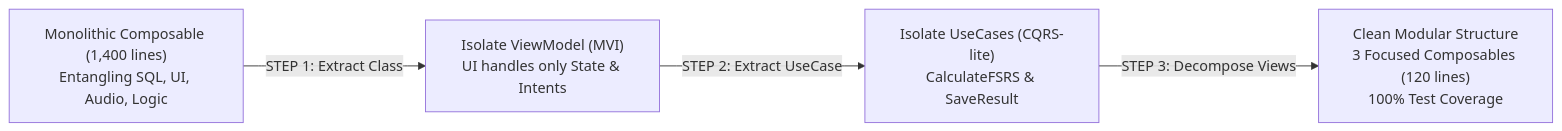
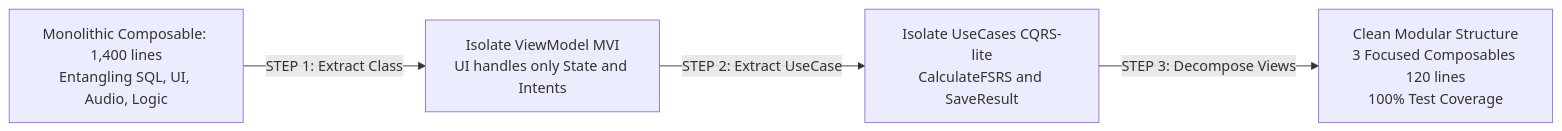
The second of 2 diagrams in content/posts/skills-kmp-architecture-design-patterns.en.md (vinh-gogo/glory-hinody), drawn with Mermaid before and after one commit. The commit also changed other lines of this file and 3 other files, not shown here.

Commit message:
fix: remove stat tags from post detail and fix mermaid diagram syntax

````diff
--- a/content/posts/skills-kmp-architecture-design-patterns.en.md
+++ b/content/posts/skills-kmp-architecture-design-patterns.en.md
@@ -247,7 +247,6 @@
 ```mermaid
 flowchart LR
-    A["Monolithic Composable (1,400 lines)<br/>Entangling SQL, UI, Audio, Logic"]
-    -->|"STEP 1: Extract Class"| B["Isolate ViewModel (MVI)<br/>UI handles only State & Intents"]
-    -->|"STEP 2: Extract UseCase"| C["Isolate UseCases (CQRS-lite)<br/>CalculateFSRS & SaveResult"]
-    -->|"STEP 3: Decompose Views"| D["Clean Modular Structure<br/>3 Focused Composables (120 lines)<br/>100% Test Coverage"]
+    A["Monolithic Composable: 1,400 lines<br/>Entangling SQL, UI, Audio, Logic"] -->|STEP 1: Extract Class| B["Isolate ViewModel MVI<br/>UI handles only State and Intents"]
+    B -->|STEP 2: Extract UseCase| C["Isolate UseCases CQRS-lite<br/>CalculateFSRS and SaveResult"]
+    C -->|STEP 3: Decompose Views| D["Clean Modular Structure<br/>3 Focused Composables 120 lines<br/>100% Test Coverage"]
 ```
````
